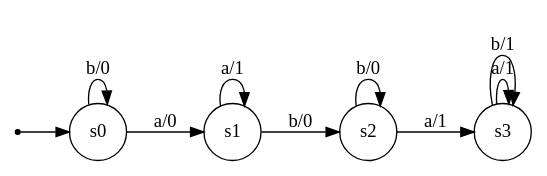
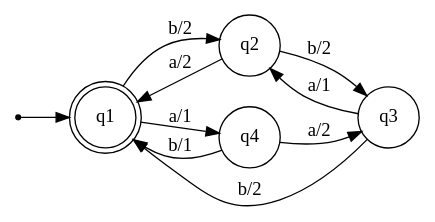
The diagram in input.dot (zenAndroid/oracle-extract), drawn with Graphviz before and after one commit. The commit also changed 1 other file, not shown here.

```diff
--- a/input.dot
+++ b/input.dot
@@ -1,14 +1,15 @@
 digraph Automaton {
     node [shape=point] INIT;
+    q1 [shape="doublecircle"];
     node [shape=circle];
     rankdir = LR;
-    INIT -> s0;
-    s0 -> s0 [label="b/0"];
-    s0 -> s1 [label="a/0"];
-    s1 -> s1 [label="a/1"];
-    s1 -> s2 [label="b/0"];
-    s2 -> s3 [label="a/1"];
-    s2 -> s2 [label="b/0"];
-    s3 -> s3 [label="a/1"];
-    s3 -> s3 [label="b/1"];
+    INIT -> q1;
+    q1 -> q2 [label="b/2"];
+    q1 -> q4 [label="a/1"];
+    q2 -> q1 [label="a/2"];
+    q2 -> q3 [label="b/2"];
+    q3 -> q2 [label="a/1"];
+    q3 -> q1 [label="b/2"];
+    q4 -> q1 [label="b/1"];
+    q4 -> q3 [label="a/2"];
 }
```
